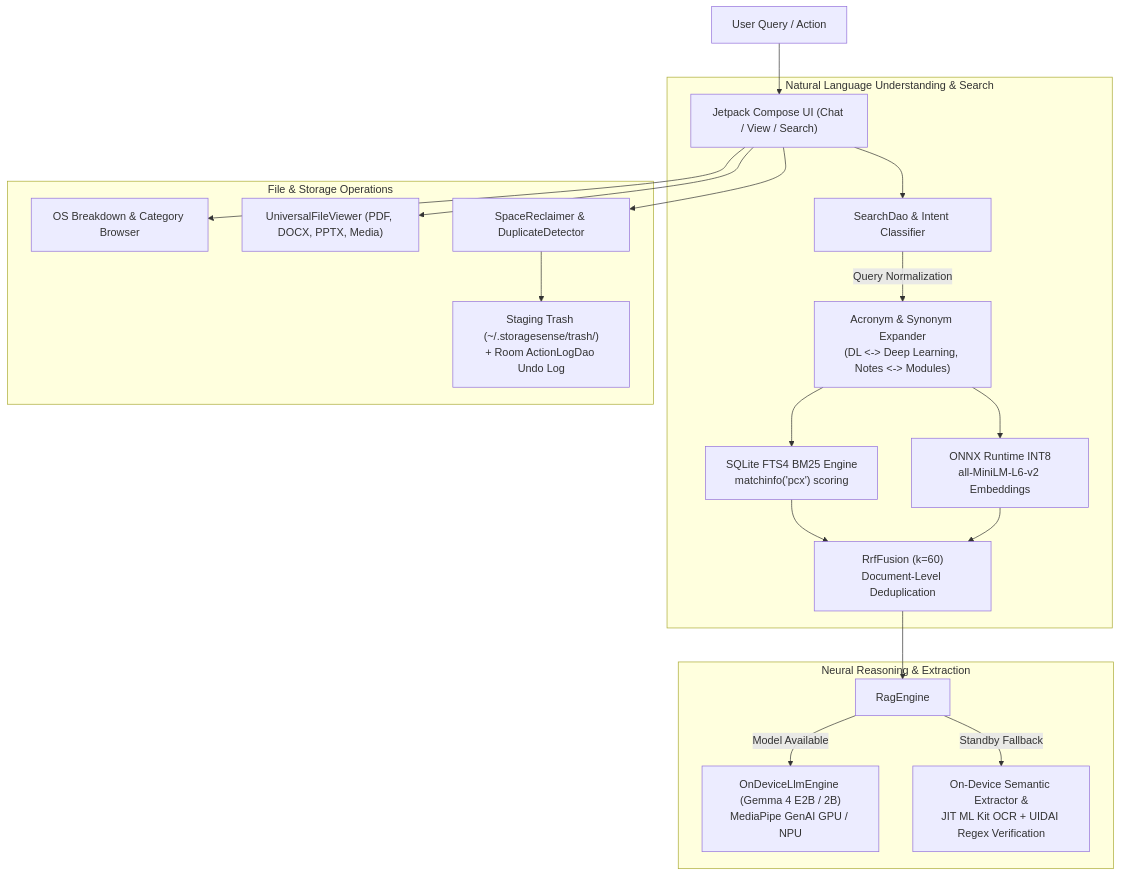
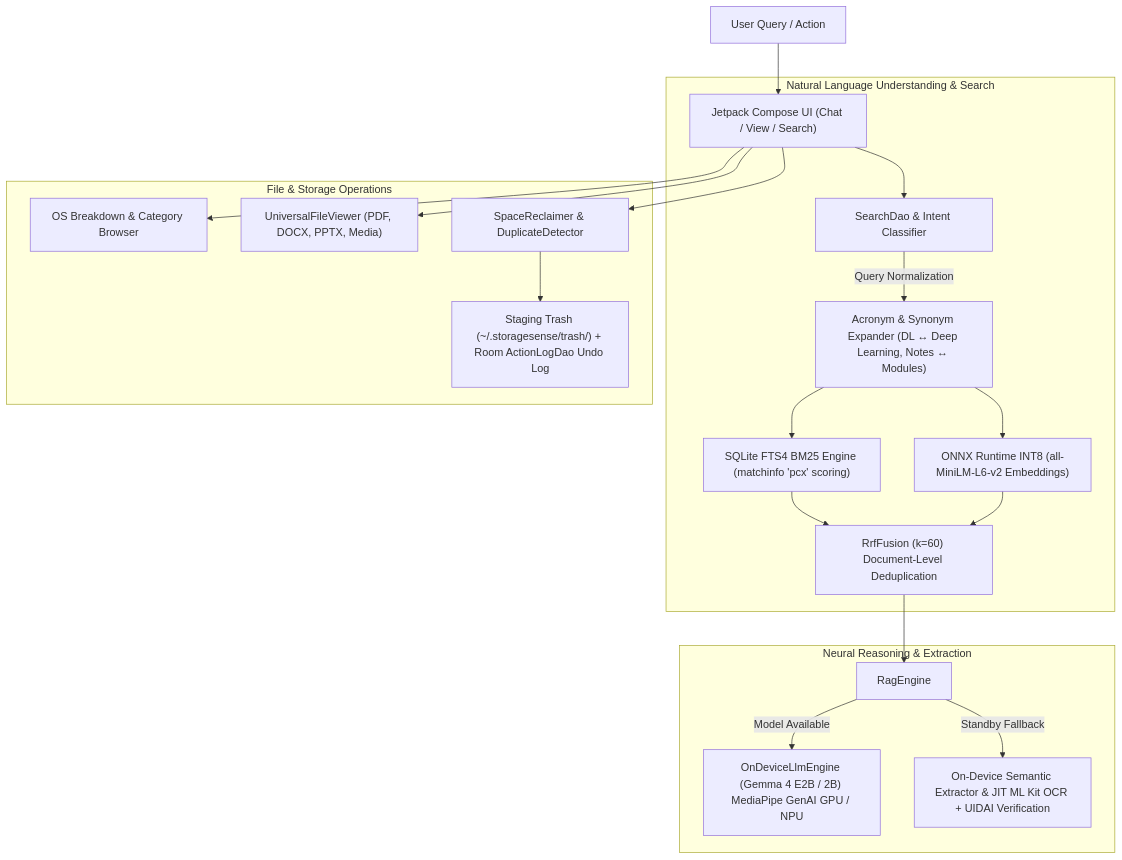
Before and after one commit to Orsted-Ninja/Reiatsu_: the diagram in README.md, drawn with Mermaid. The commit also changed other lines of this file and 6 other files, not shown here.

Commit message:
docs: restore architecture diagram with valid mermaid syntax and add showcase screenshots

````diff
--- a/README.md
+++ b/README.md
@@ -68,26 +68,26 @@
 ```mermaid
 flowchart TD
     User["User Query / Action"] --> UI["Jetpack Compose UI (Chat / View / Search)"]
     
-    subgraph Natural Language Understanding & Search
+    subgraph NLU ["Natural Language Understanding & Search"]
         UI --> Intent["SearchDao & Intent Classifier"]
-        Intent -->|Query Normalization| Expander["Acronym & Synonym Expander<br/>(DL <-> Deep Learning, Notes <-> Modules)"]
-        Expander --> BM25["SQLite FTS4 BM25 Engine<br/>matchinfo('pcx') scoring"]
-        Expander --> ONNX["ONNX Runtime INT8<br/>all-MiniLM-L6-v2 Embeddings"]
-        BM25 --> RRF["RrfFusion (k=60)<br/>Document-Level Deduplication"]
+        Intent -->|Query Normalization| Expander["Acronym & Synonym Expander (DL ↔ Deep Learning, Notes ↔ Modules)"]
+        Expander --> BM25["SQLite FTS4 BM25 Engine (matchinfo 'pcx' scoring)"]
+        Expander --> ONNX["ONNX Runtime INT8 (all-MiniLM-L6-v2 Embeddings)"]
+        BM25 --> RRF["RrfFusion (k=60) Document-Level Deduplication"]
         ONNX --> RRF
     end
 
-    subgraph Neural Reasoning & Extraction
+    subgraph Neural_Reasoning ["Neural Reasoning & Extraction"]
         RRF --> RAG["RagEngine"]
-        RAG -->|Model Available| Gemma["OnDeviceLlmEngine (Gemma 4 E2B / 2B)<br/>MediaPipe GenAI GPU / NPU"]
-        RAG -->|Standby Fallback| Semantic["On-Device Semantic Extractor &<br/>JIT ML Kit OCR + UIDAI Regex Verification"]
+        RAG -->|Model Available| Gemma["OnDeviceLlmEngine (Gemma 4 E2B / 2B) MediaPipe GenAI GPU / NPU"]
+        RAG -->|Standby Fallback| Semantic["On-Device Semantic Extractor & JIT ML Kit OCR + UIDAI Verification"]
     end
 
-    subgraph File & Storage Operations
+    subgraph File_Ops ["File & Storage Operations"]
         UI --> Categories["OS Breakdown & Category Browser"]
         UI --> Viewer["UniversalFileViewer (PDF, DOCX, PPTX, Media)"]
         UI --> Safety["SpaceReclaimer & DuplicateDetector"]
-        Safety --> Trash["Staging Trash (~/.storagesense/trash/)<br/>+ Room ActionLogDao Undo Log"]
+        Safety --> Trash["Staging Trash (~/.storagesense/trash/) + Room ActionLogDao Undo Log"]
     end
 ```
````
